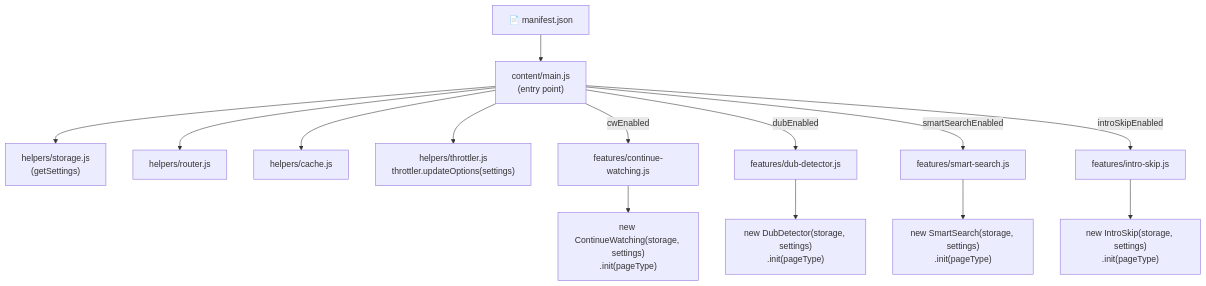
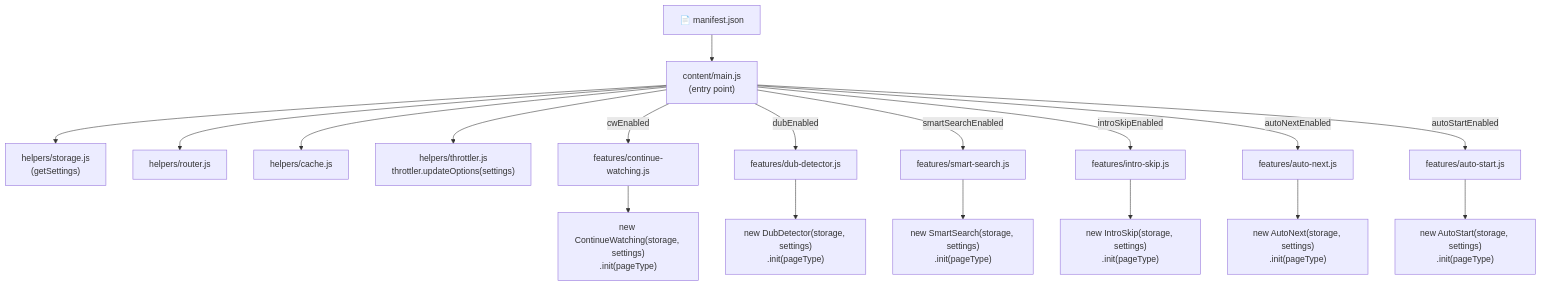
The first of 4 diagrams in docs/ARCHITECTURE.md (abdullahkhfb/animepahe-enhancer), drawn with Mermaid before and after one commit. The commit also changed other lines of this file and 21 other files, not shown here.

````diff
--- a/docs/ARCHITECTURE.md
+++ b/docs/ARCHITECTURE.md
@@ -87,16 +85,20 @@
 ```mermaid
 flowchart TD
     MF["📄 manifest.json"] --> CM["content/main.js\n(entry point)"]
     CM --> HS["helpers/storage.js\n(getSettings)"]
     CM --> HR["helpers/router.js"]
     CM --> HCache["helpers/cache.js"]
     CM --> TH["helpers/throttler.js\nthrottler.updateOptions(settings)"]
     CM -->|cwEnabled| CW["features/continue-watching.js"]
     CM -->|dubEnabled| DD["features/dub-detector.js"]
     CM -->|smartSearchEnabled| SS["features/smart-search.js"]
     CM -->|introSkipEnabled| IS["features/intro-skip.js"]
+    CM -->|autoNextEnabled| AN["features/auto-next.js"]
+    CM -->|autoStartEnabled| AS["features/auto-start.js"]
     CW --> CWI["new ContinueWatching(storage, settings)\n.init(pageType)"]
     DD --> DDI["new DubDetector(storage, settings)\n.init(pageType)"]
     SS --> SSI["new SmartSearch(storage, settings)\n.init(pageType)"]
     IS --> ISI["new IntroSkip(storage, settings)\n.init(pageType)"]
+    AN --> ANI["new AutoNext(storage, settings)\n.init(pageType)"]
+    AS --> ASI["new AutoStart(storage, settings)\n.init(pageType)"]
 ```
````
